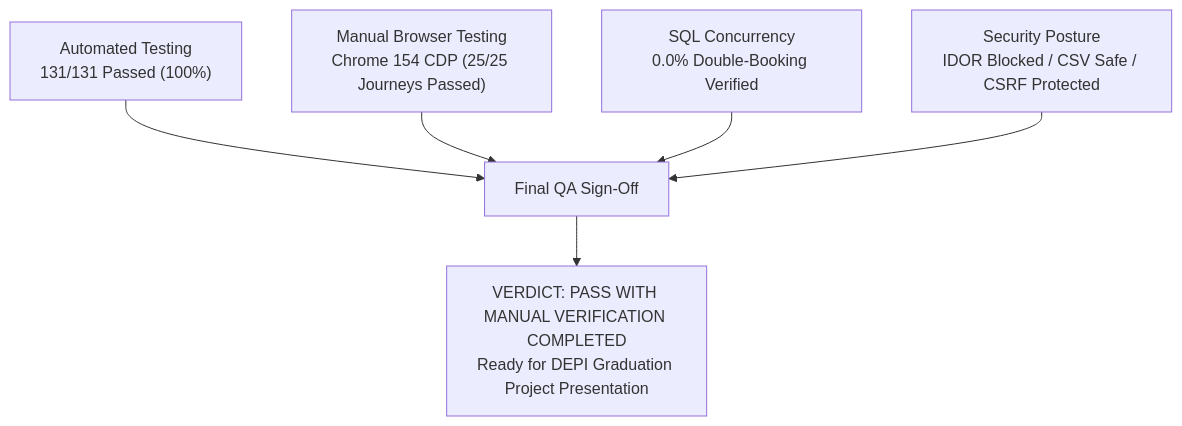
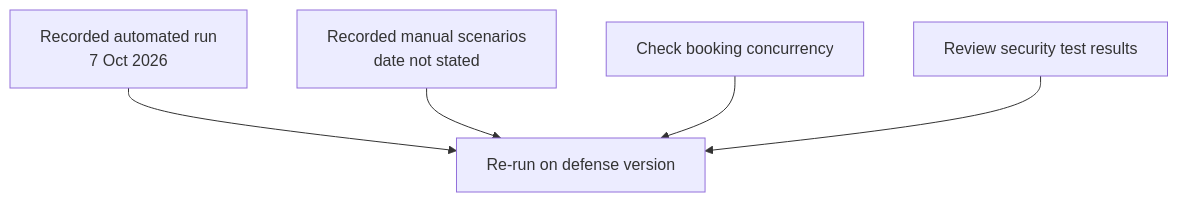
The diagram in docs/05-testing/final-qa-summary.md (foxelhadad812-design/MediCare), drawn with Mermaid before and after one commit. The commit also changed other lines of this file and 61 other files, not shown here.

````diff
--- a/docs/05-testing/final-qa-summary.md
+++ b/docs/05-testing/final-qa-summary.md
@@ -76,8 +76,7 @@
 ```mermaid
 flowchart TD
-    A["Automated Testing<br/>131/131 Passed (100%)"] --> C["Final QA Sign-Off"]
-    B["Manual Browser Testing<br/>Chrome 154 CDP (25/25 Journeys Passed)"] --> C
-    D["SQL Concurrency<br/>0.0% Double-Booking Verified"] --> C
-    E["Security Posture<br/>IDOR Blocked / CSV Safe / CSRF Protected"] --> C
-    C --> F["VERDICT: PASS WITH MANUAL VERIFICATION COMPLETED<br/>Ready for DEPI Graduation Project Presentation"]
+    A["Recorded automated run<br/>7 Oct 2026"] --> C["Re-run on defense version"]
+    B["Recorded manual scenarios<br/>date not stated"] --> C
+    D["Check booking concurrency"] --> C
+    E["Review security test results"] --> C
 ```
````
